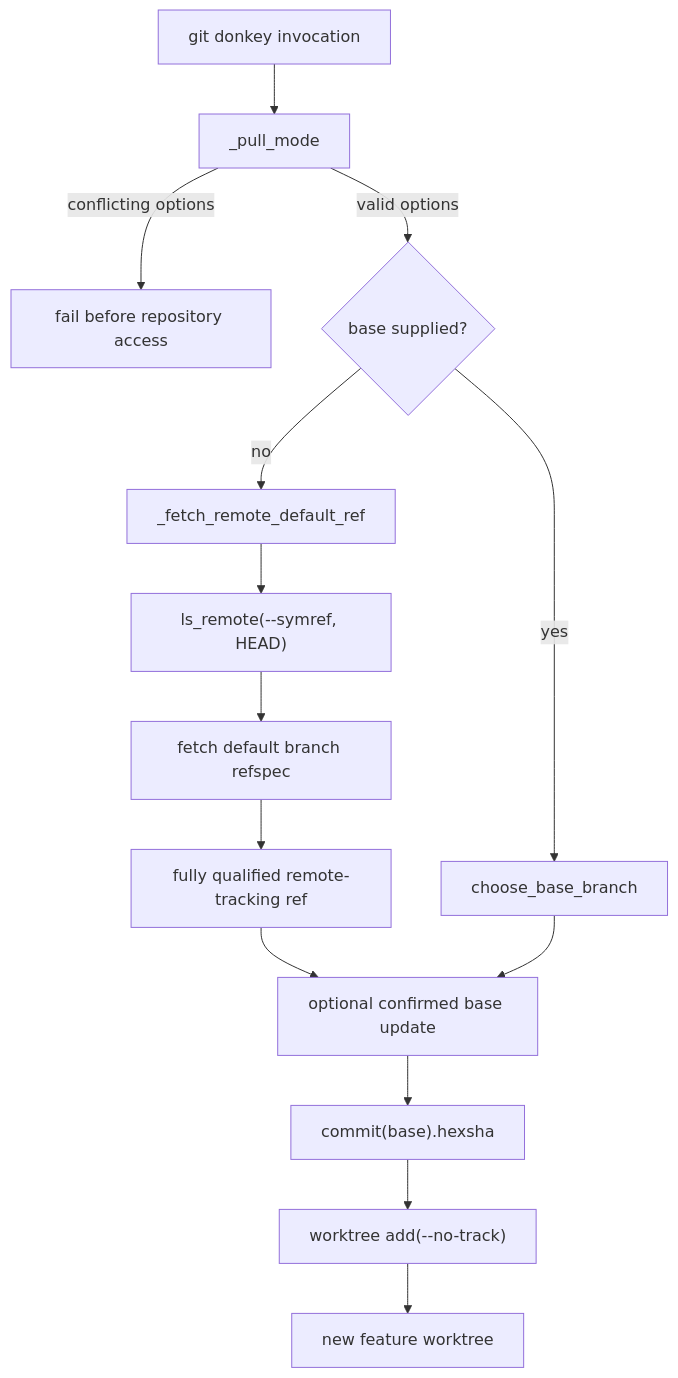
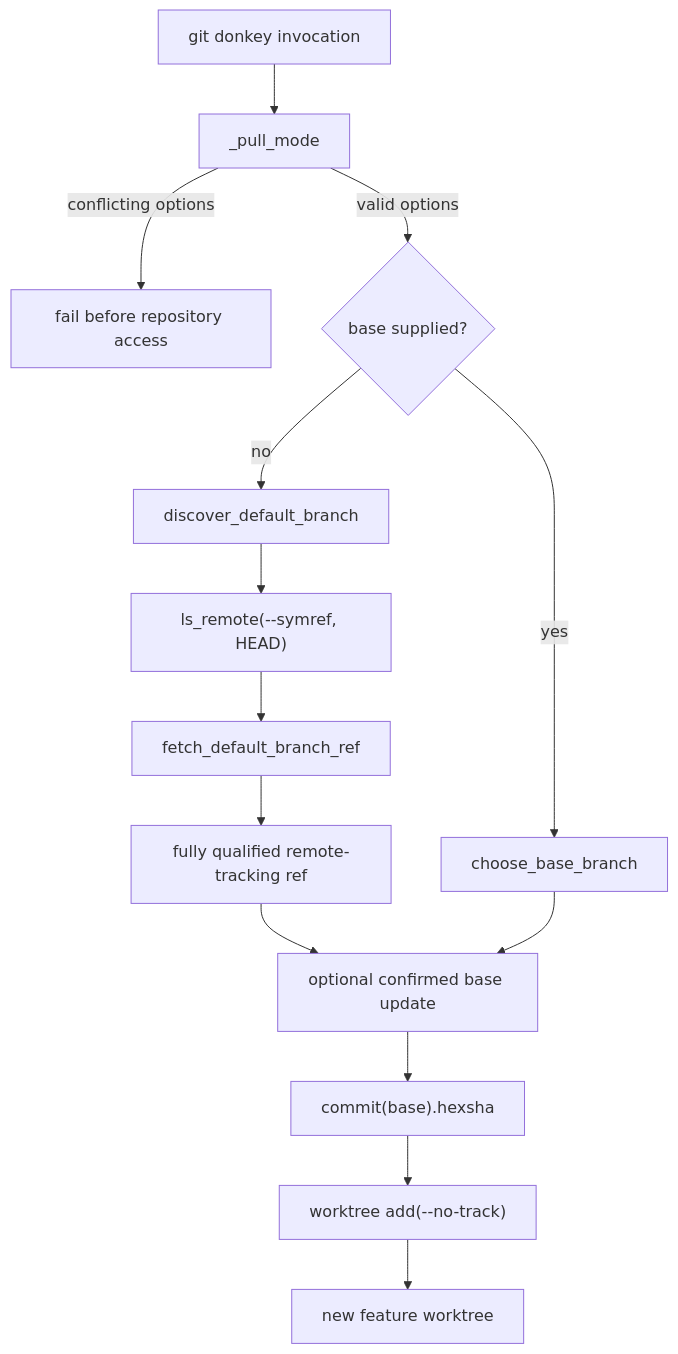
The diagram in docs/default-base-and-pull-modes.md (leynos/git-donkey), drawn with Mermaid before and after one commit. The commit also changed other lines of this file and 40 other files, not shown here.

````diff
--- a/docs/default-base-and-pull-modes.md
+++ b/docs/default-base-and-pull-modes.md
@@ -7,16 +7,16 @@
 ```mermaid
 flowchart TD
     Start["git donkey invocation"] --> Validate["_pull_mode"]
     Validate -->|conflicting options| Error["fail before repository access"]
     Validate -->|valid options| Base{base supplied?}
-    Base -->|no| Default["_fetch_remote_default_ref"]
+    Base -->|no| Default["discover_default_branch"]
     Default --> Advertise["ls_remote(--symref, HEAD)"]
-    Advertise --> Fetch["fetch default branch refspec"]
+    Advertise --> Fetch["fetch_default_branch_ref"]
     Fetch --> RemoteBase["fully qualified remote-tracking ref"]
     Base -->|yes| Explicit["choose_base_branch"]
     RemoteBase --> Update["optional confirmed base update"]
     Explicit --> Update
     Update --> Resolve["commit(base).hexsha"]
     Resolve --> Create["worktree add(--no-track)"]
     Create --> Done["new feature worktree"]
 ```
````
